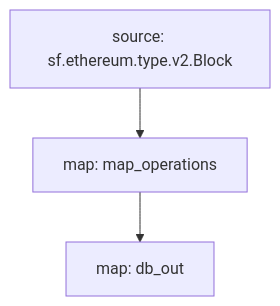
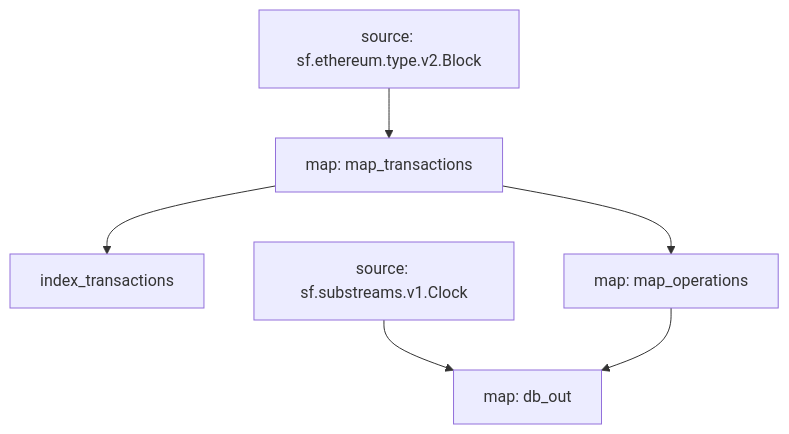
The diagram in README.md (pinax-network/substreams-inscriptions), drawn with Mermaid before and after one commit. The commit also changed 3 other files, not shown here.

Commit message:
add blockIndex

````diff
--- a/README.md
+++ b/README.md
@@ -25,7 +25,11 @@
 ```mermaid
 graph TD;
+  map_transactions --> index_transactions;
+  map_transactions[map: map_transactions];
+  sf.ethereum.type.v2.Block[source: sf.ethereum.type.v2.Block] --> map_transactions;
   map_operations[map: map_operations];
-  sf.ethereum.type.v2.Block[source: sf.ethereum.type.v2.Block] --> map_operations;
+  map_transactions --> map_operations;
   db_out[map: db_out];
+  sf.substreams.v1.Clock[source: sf.substreams.v1.Clock] --> db_out;
   map_operations --> db_out;
 ```
````
